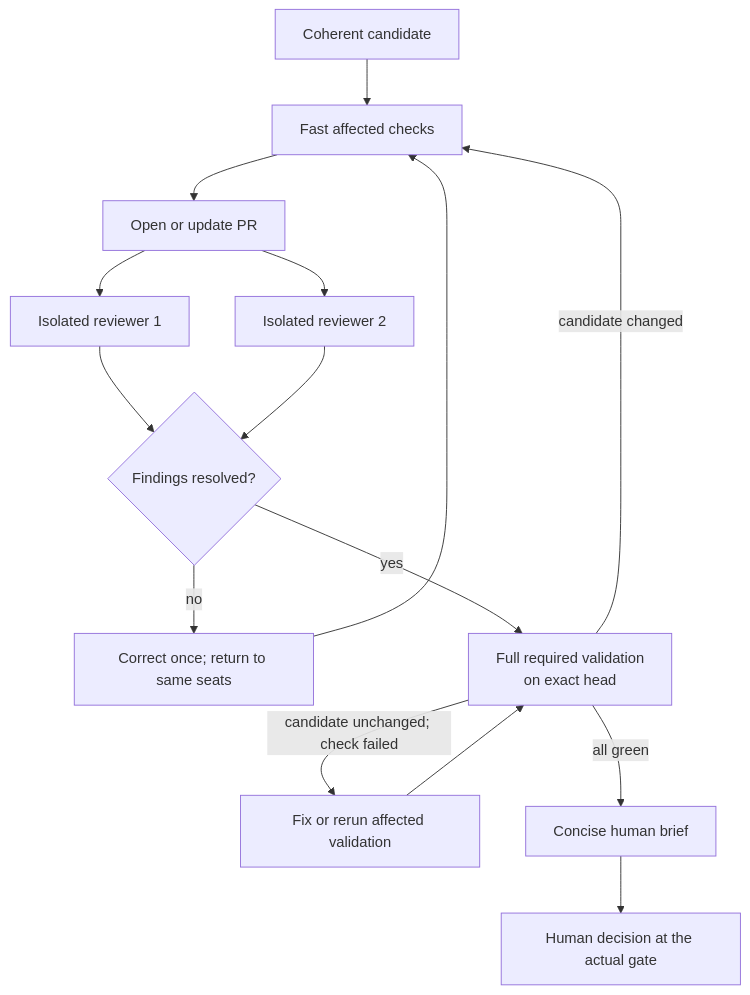
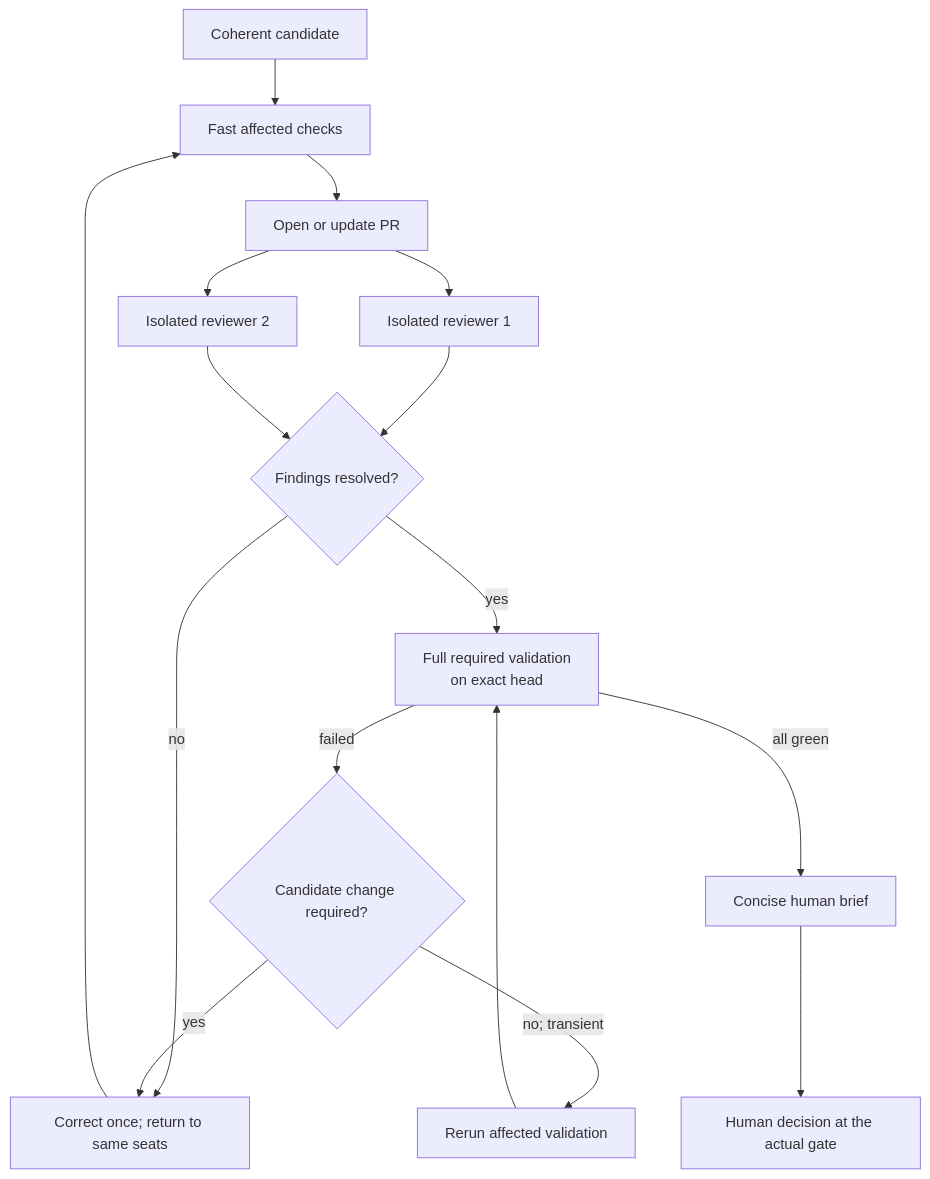
One commit to hhhhhusky777/spec-driven-delivery-playbook changed the eighth of 11 diagrams in README.md. Above: the diagram before and after it, drawn with Mermaid. The commit also changed 1 other file, not shown here.

Commit message:
Clarify candidate-changing validation recovery

````diff
--- a/README.md
+++ b/README.md
@@ -355,17 +355,18 @@
 ```mermaid
 flowchart TD
     C["Coherent candidate"] --> F["Fast affected checks"]
     F --> P["Open or update PR"]
     P --> R1["Isolated reviewer 1"]
     P --> R2["Isolated reviewer 2"]
     R1 --> J{"Findings resolved?"}
     R2 --> J
     J -->|"no"| X["Correct once; return to same seats"]
     X --> F
     J -->|"yes"| V["Full required validation<br/>on exact head"]
-    V -->|"candidate unchanged; check failed"| Q["Fix or rerun affected validation"]
+    V -->|"failed"| D{"Candidate change required?"}
+    D -->|"yes"| X
+    D -->|"no; transient"| Q["Rerun affected validation"]
     Q --> V
-    V -->|"candidate changed"| F
     V -->|"all green"| B["Concise human brief"]
     B --> H["Human decision at the actual gate"]
 ```
````
